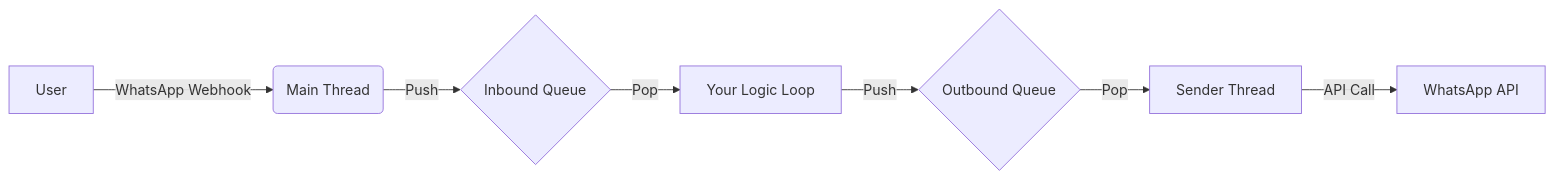
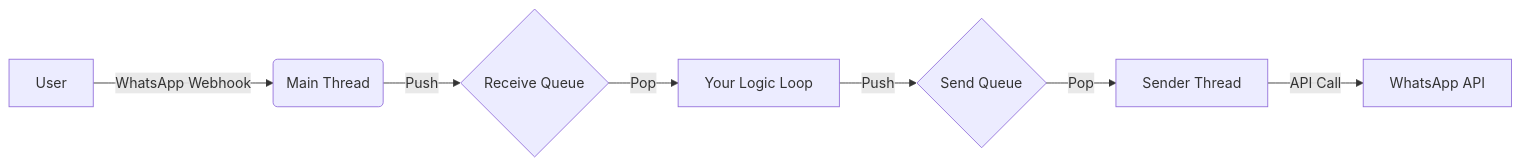
Before and after one commit to jmoraispk/loglife: the diagram in docs/core/architecture.md, drawn with Mermaid. The commit also changed other lines of this file and 4 other files, not shown here.

````diff
--- a/docs/core/architecture.md
+++ b/docs/core/architecture.md
@@ -11,9 +11,9 @@
 ```mermaid
 graph LR
     A[User] -->|WhatsApp Webhook| B(Main Thread)
-    B -->|Push| C{Inbound Queue}
+    B -->|Push| C{Receive Queue}
     C -->|Pop| D[Your Logic Loop]
-    D -->|Push| E{Outbound Queue}
+    D -->|Push| E{Send Queue}
     E -->|Pop| F[Sender Thread]
     F -->|API Call| G[WhatsApp API]
 ```
````
